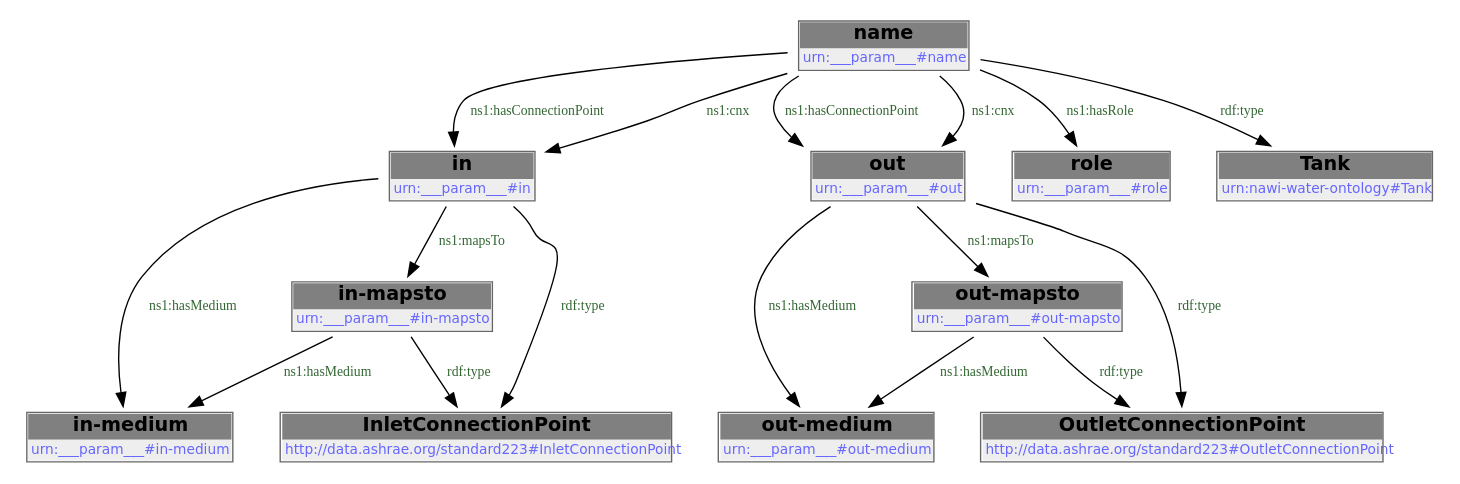
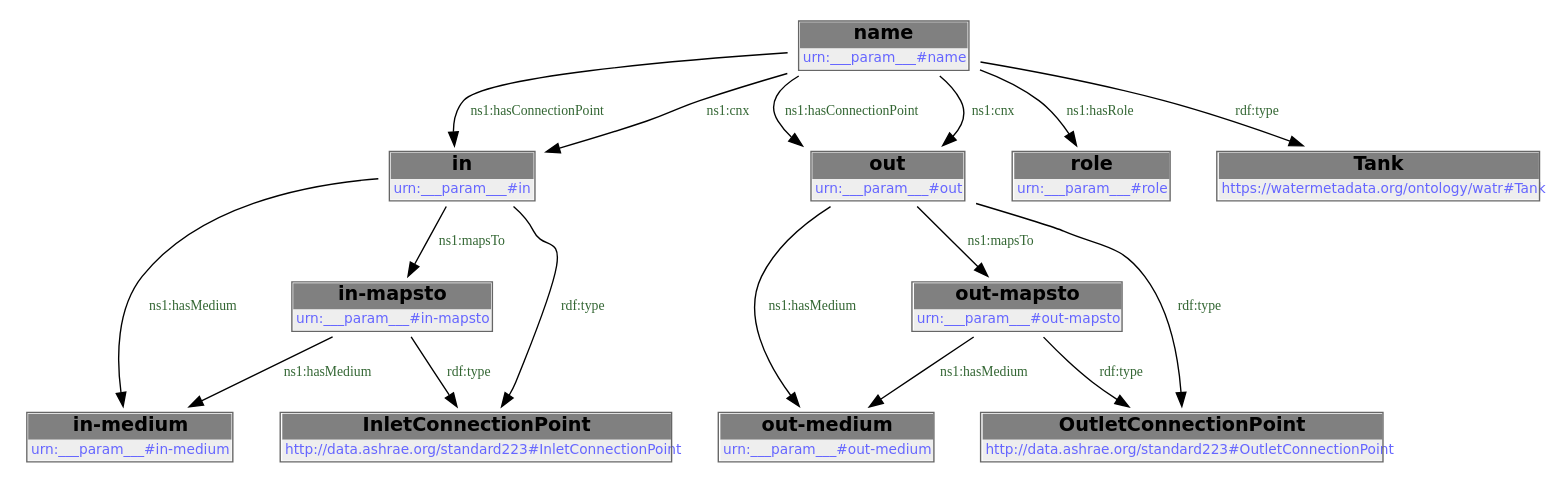
The second of 2 diagrams in docs/libraries/templates/bladder.rst (DataDrivenCPS/water-ontology), drawn with Graphviz before and after one commit. The commit also changed other lines of this file and 43 other files, not shown here.

First line of the commit message:
feat: move ontology to https://watermetadata.org base URI

```diff
--- a/docs/libraries/templates/bladder.rst
+++ b/docs/libraries/templates/bladder.rst
@@ -102,32 +102,32 @@
         .. graphviz::
 
                 digraph G {
             node [fontname="DejaVu Sans"];
             node0 -> node1 [color=BLACK, label=< <font point-size='10' color='#336633'>ns1:hasConnectionPoint</font> >];
             node1 -> node2 [color=BLACK, label=< <font point-size='10' color='#336633'>ns1:hasMedium</font> >];
             node0 -> node3 [color=BLACK, label=< <font point-size='10' color='#336633'>ns1:hasConnectionPoint</font> >];
             node4 -> node2 [color=BLACK, label=< <font point-size='10' color='#336633'>ns1:hasMedium</font> >];
             node3 -> node5 [color=BLACK, label=< <font point-size='10' color='#336633'>ns1:hasMedium</font> >];
             node0 -> node1 [color=BLACK, label=< <font point-size='10' color='#336633'>ns1:cnx</font> >];
             node1 -> node6 [color=BLACK, label=< <font point-size='10' color='#336633'>rdf:type</font> >];
             node0 -> node3 [color=BLACK, label=< <font point-size='10' color='#336633'>ns1:cnx</font> >];
             node7 -> node8 [color=BLACK, label=< <font point-size='10' color='#336633'>rdf:type</font> >];
             node4 -> node6 [color=BLACK, label=< <font point-size='10' color='#336633'>rdf:type</font> >];
             node3 -> node7 [color=BLACK, label=< <font point-size='10' color='#336633'>ns1:mapsTo</font> >];
             node3 -> node8 [color=BLACK, label=< <font point-size='10' color='#336633'>rdf:type</font> >];
             node7 -> node5 [color=BLACK, label=< <font point-size='10' color='#336633'>ns1:hasMedium</font> >];
             node0 -> node9 [color=BLACK, label=< <font point-size='10' color='#336633'>ns1:hasRole</font> >];
             node0 -> node10 [color=BLACK, label=< <font point-size='10' color='#336633'>rdf:type</font> >];
             node1 -> node4 [color=BLACK, label=< <font point-size='10' color='#336633'>ns1:mapsTo</font> >];
             node0 [shape=none, color=black, label=< <table color='#666666' cellborder='0' cellspacing='0' border='1'><tr><td colspan='2' bgcolor='grey'><B>name</B></td></tr><tr><td href='urn:___param___#name' bgcolor='#eeeeee' colspan='2'><font point-size='10' color='#6666ff'>urn:___param___#name</font></td></tr></table> >];
             node1 [shape=none, color=black, label=< <table color='#666666' cellborder='0' cellspacing='0' border='1'><tr><td colspan='2' bgcolor='grey'><B>in</B></td></tr><tr><td href='urn:___param___#in' bgcolor='#eeeeee' colspan='2'><font point-size='10' color='#6666ff'>urn:___param___#in</font></td></tr></table> >];
             node2 [shape=none, color=black, label=< <table color='#666666' cellborder='0' cellspacing='0' border='1'><tr><td colspan='2' bgcolor='grey'><B>in-medium</B></td></tr><tr><td href='urn:___param___#in-medium' bgcolor='#eeeeee' colspan='2'><font point-size='10' color='#6666ff'>urn:___param___#in-medium</font></td></tr></table> >];
             node3 [shape=none, color=black, label=< <table color='#666666' cellborder='0' cellspacing='0' border='1'><tr><td colspan='2' bgcolor='grey'><B>out</B></td></tr><tr><td href='urn:___param___#out' bgcolor='#eeeeee' colspan='2'><font point-size='10' color='#6666ff'>urn:___param___#out</font></td></tr></table> >];
             node4 [shape=none, color=black, label=< <table color='#666666' cellborder='0' cellspacing='0' border='1'><tr><td colspan='2' bgcolor='grey'><B>in-mapsto</B></td></tr><tr><td href='urn:___param___#in-mapsto' bgcolor='#eeeeee' colspan='2'><font point-size='10' color='#6666ff'>urn:___param___#in-mapsto</font></td></tr></table> >];
             node5 [shape=none, color=black, label=< <table color='#666666' cellborder='0' cellspacing='0' border='1'><tr><td colspan='2' bgcolor='grey'><B>out-medium</B></td></tr><tr><td href='urn:___param___#out-medium' bgcolor='#eeeeee' colspan='2'><font point-size='10' color='#6666ff'>urn:___param___#out-medium</font></td></tr></table> >];
             node6 [shape=none, color=black, label=< <table color='#666666' cellborder='0' cellspacing='0' border='1'><tr><td colspan='2' bgcolor='grey'><B>InletConnectionPoint</B></td></tr><tr><td href='http://data.ashrae.org/standard223#InletConnectionPoint' bgcolor='#eeeeee' colspan='2'><font point-size='10' color='#6666ff'>http://data.ashrae.org/standard223#InletConnectionPoint</font></td></tr></table> >];
             node7 [shape=none, color=black, label=< <table color='#666666' cellborder='0' cellspacing='0' border='1'><tr><td colspan='2' bgcolor='grey'><B>out-mapsto</B></td></tr><tr><td href='urn:___param___#out-mapsto' bgcolor='#eeeeee' colspan='2'><font point-size='10' color='#6666ff'>urn:___param___#out-mapsto</font></td></tr></table> >];
             node8 [shape=none, color=black, label=< <table color='#666666' cellborder='0' cellspacing='0' border='1'><tr><td colspan='2' bgcolor='grey'><B>OutletConnectionPoint</B></td></tr><tr><td href='http://data.ashrae.org/standard223#OutletConnectionPoint' bgcolor='#eeeeee' colspan='2'><font point-size='10' color='#6666ff'>http://data.ashrae.org/standard223#OutletConnectionPoint</font></td></tr></table> >];
             node9 [shape=none, color=black, label=< <table color='#666666' cellborder='0' cellspacing='0' border='1'><tr><td colspan='2' bgcolor='grey'><B>role</B></td></tr><tr><td href='urn:___param___#role' bgcolor='#eeeeee' colspan='2'><font point-size='10' color='#6666ff'>urn:___param___#role</font></td></tr></table> >];
-            node10 [shape=none, color=black, label=< <table color='#666666' cellborder='0' cellspacing='0' border='1'><tr><td colspan='2' bgcolor='grey'><B>Tank</B></td></tr><tr><td href='urn:nawi-water-ontology#Tank' bgcolor='#eeeeee' colspan='2'><font point-size='10' color='#6666ff'>urn:nawi-water-ontology#Tank</font></td></tr></table> >];
+            node10 [shape=none, color=black, label=< <table color='#666666' cellborder='0' cellspacing='0' border='1'><tr><td colspan='2' bgcolor='grey'><B>Tank</B></td></tr><tr><td href='https://watermetadata.org/ontology/watr#Tank' bgcolor='#eeeeee' colspan='2'><font point-size='10' color='#6666ff'>https://watermetadata.org/ontology/watr#Tank</font></td></tr></table> >];
             }
```
